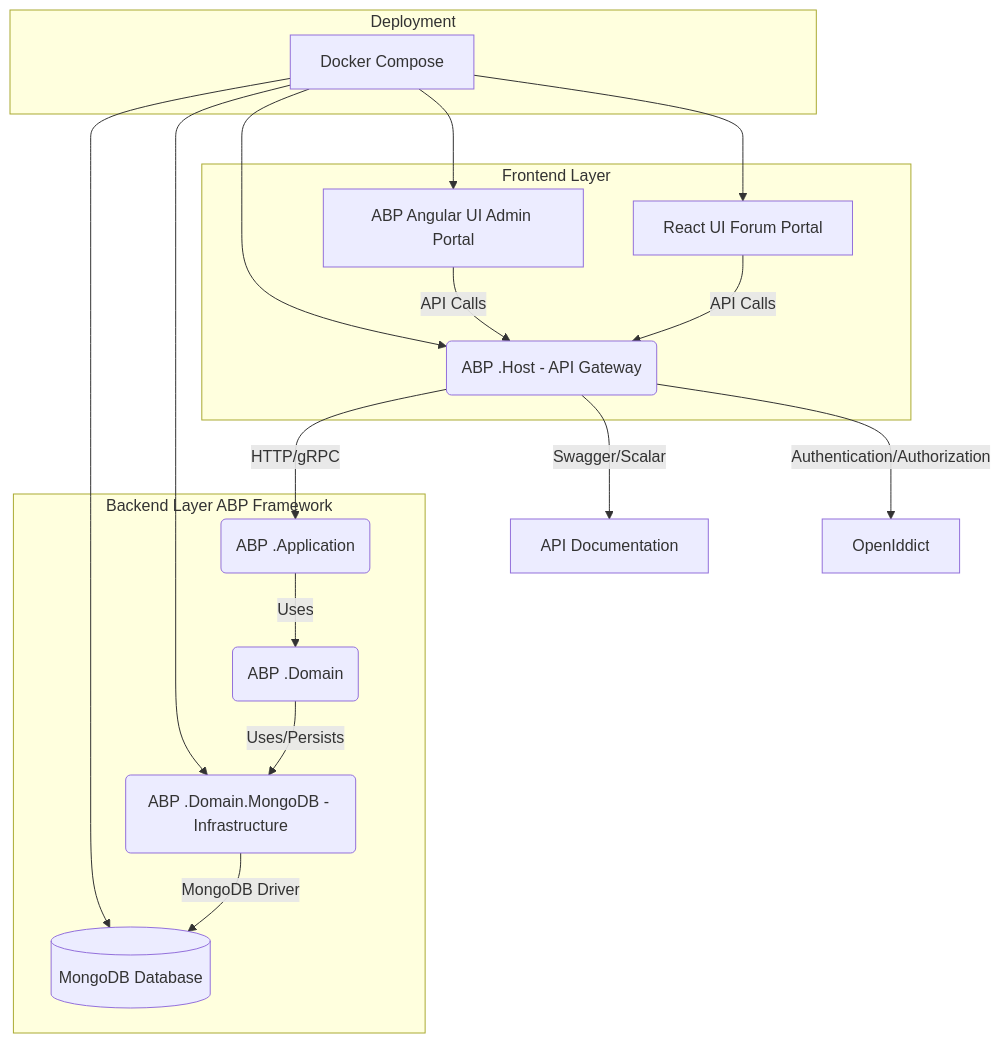
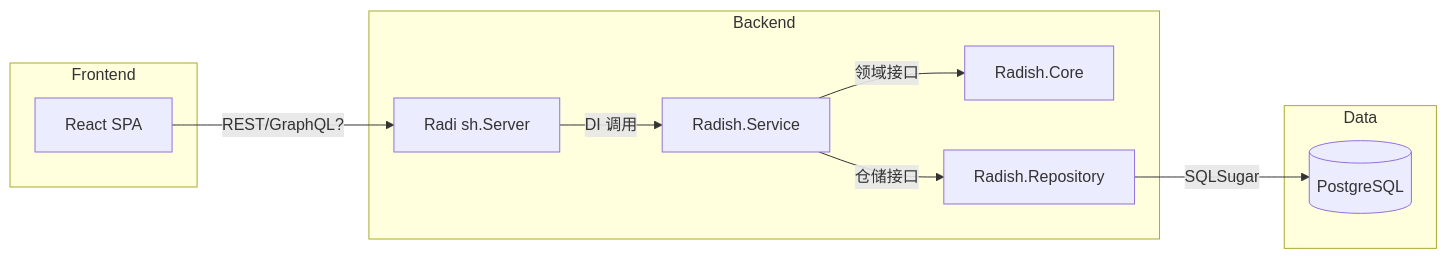
Before and after one commit to laugh0608/Radish: the diagram in docs/DevelopmentFramework.md, drawn with Mermaid. The commit also changed other lines of this file and 3 other files, not shown here.

````diff
--- a/docs/DevelopmentFramework.md
+++ b/docs/DevelopmentFramework.md
@@ -110,25 +93,21 @@
 ```mermaid
-graph TD
-    subgraph Frontend Layer
-        A[React UI Forum Portal] -->|API Calls| C(ABP .Host - API Gateway)
-        B[ABP Angular UI Admin Portal] -->|API Calls| C
+graph LR
+    subgraph Frontend
+        C[React SPA]
+    end
+    subgraph Backend
+        A[Radi sh.Server]
+        B[Radish.Service]
+        D[Radish.Core]
+        E[Radish.Repository]
+    end
+    subgraph Data
+        F[(PostgreSQL)]
     end
 
-    subgraph Backend Layer ABP Framework
-        C -->|HTTP/gRPC| D(ABP .Application)
-        D -->|Uses| E(ABP .Domain)
-        E -->|Uses/Persists| F(ABP .Domain.MongoDB - Infrastructure)
-        F -->|MongoDB Driver| G[(MongoDB Database)]
-    end
-
-    subgraph Deployment
-        H[Docker Compose] --> C
-        H --> F
-        H --> G
-        H --> A
-        H --> B
-    end
-
-    C -->|Swagger/Scalar| I[API Documentation]
-    C -->|Authentication/Authorization| J[OpenIddict]
+    C -- REST/GraphQL? --> A
+    A -- DI 调用 --> B
+    B -- 领域接口 --> D
+    B -- 仓储接口 --> E
+    E -- SQLSugar --> F
 ```
````
